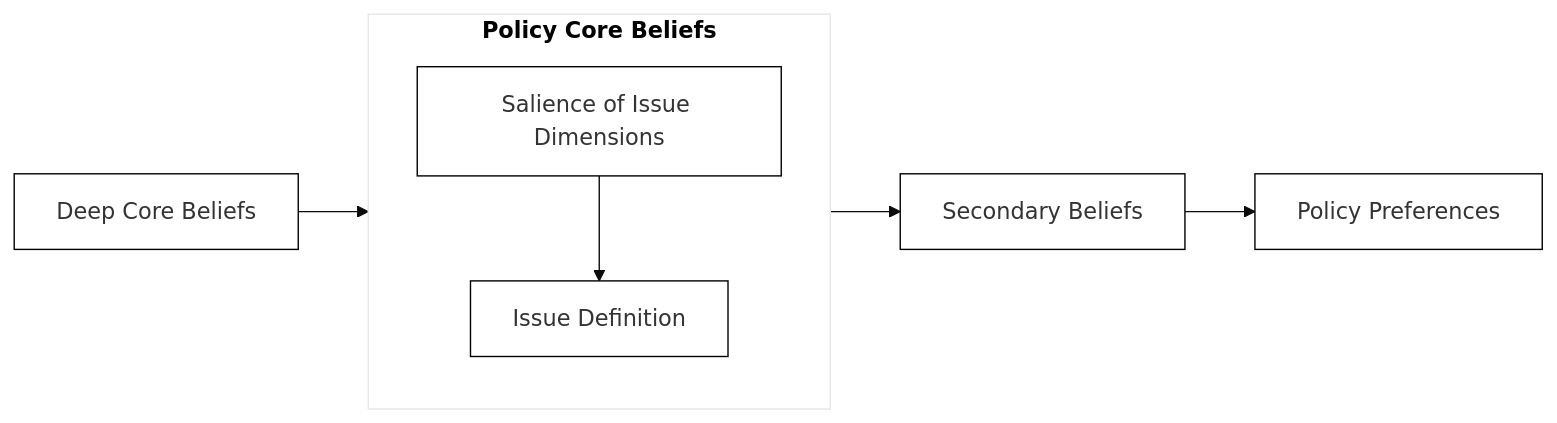
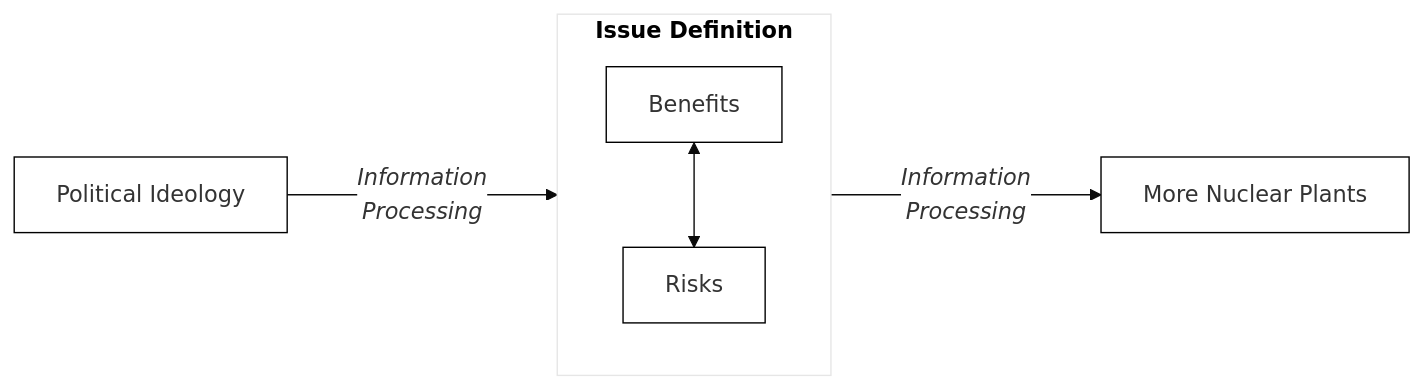
One commit to mnowlin/policy-learning-element changed the first of 2 diagrams in chap3.qmd. Above: the diagram before and after it, drawn with Mermaid. The commit also changed other lines of this file and 4 other files, not shown here.

````diff
--- a/chap3.qmd
+++ b/chap3.qmd
@@ -27,14 +24,13 @@
 ```{mermaid}
 %%| fig-width: 6
 %%| fig-height: 2
-%%| fig-cap: Policy Beliefs, Issue Definitions, and Preferences
-%%| label: fig-defs
+%%| fig-cap: Ideology, Nuclear Energy Beliefs, and Preferences for More Nuclear Plants
+%%| label: fig-model
 %%{init: {'theme': 'base', "themeVariables": { "primaryColor": "#FFFFFF", "primaryBorderColor": "#000000"} } }%%
 flowchart LR
-    A[Deep Core Beliefs] --> subgraph1
-    subgraph subgraph1 [<b>Policy Core Beliefs]
-    B[Salience of Issue Dimensions] --> C[Issue Definition]
+    A[Political Ideology] --"<i>Information <br> Processing"---> subgraph1
+    subgraph subgraph1 [<b>Issue Definition]
+    B[Benefits] <--> C[Risks]
     end
-    subgraph1 --> D[Secondary Beliefs]
-    D --> E[Policy Preferences]
+    subgraph1 --"<i>Information <br> Processing"---> D[More Nuclear Plants]
 ```
````
